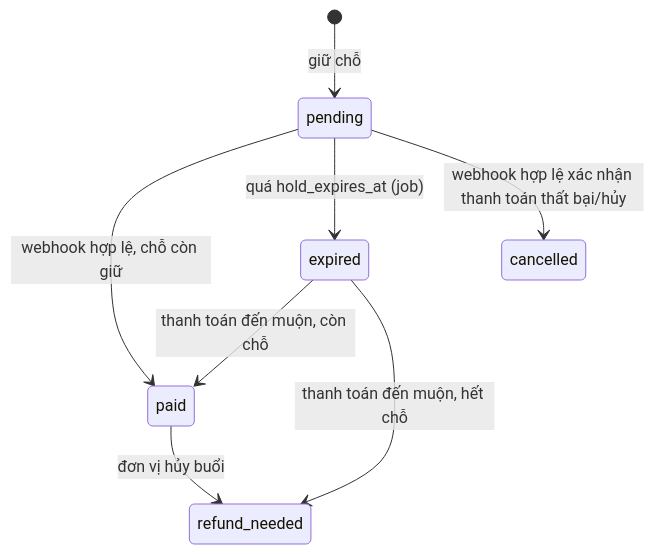
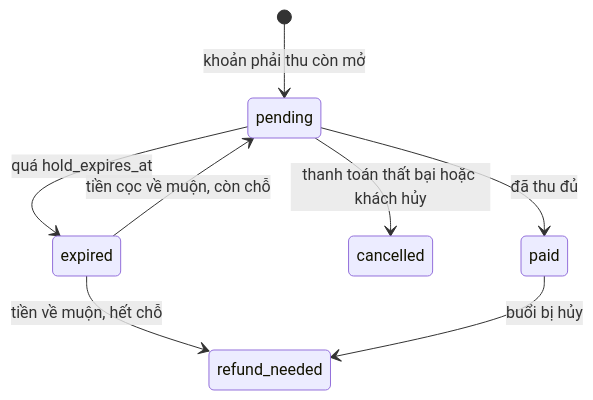
Before and after one commit to Loc2124/workshop-project: the diagram in docs/02-architecture.md, drawn with Mermaid. The commit also changed other lines of this file and 154 other files, not shown here.

````diff
--- a/docs/02-architecture.md
+++ b/docs/02-architecture.md
@@ -21,10 +24,10 @@
 ```mermaid
 stateDiagram-v2
-  [*] --> pending: giữ chỗ
-  pending --> paid: webhook hợp lệ, chỗ còn giữ
-  pending --> expired: quá hold_expires_at (job)
-  pending --> cancelled: webhook hợp lệ xác nhận thanh toán thất bại/hủy
-  expired --> paid: thanh toán đến muộn, còn chỗ
-  expired --> refund_needed: thanh toán đến muộn, hết chỗ
-  paid --> refund_needed: đơn vị hủy buổi
+  [*] --> pending: khoản phải thu còn mở
+  pending --> paid: đã thu đủ
+  pending --> cancelled: thanh toán thất bại hoặc khách hủy
+  pending --> expired: quá hold_expires_at
+  expired --> pending: tiền cọc về muộn, còn chỗ
+  expired --> refund_needed: tiền về muộn, hết chỗ
+  paid --> refund_needed: buổi bị hủy
 ```
````
